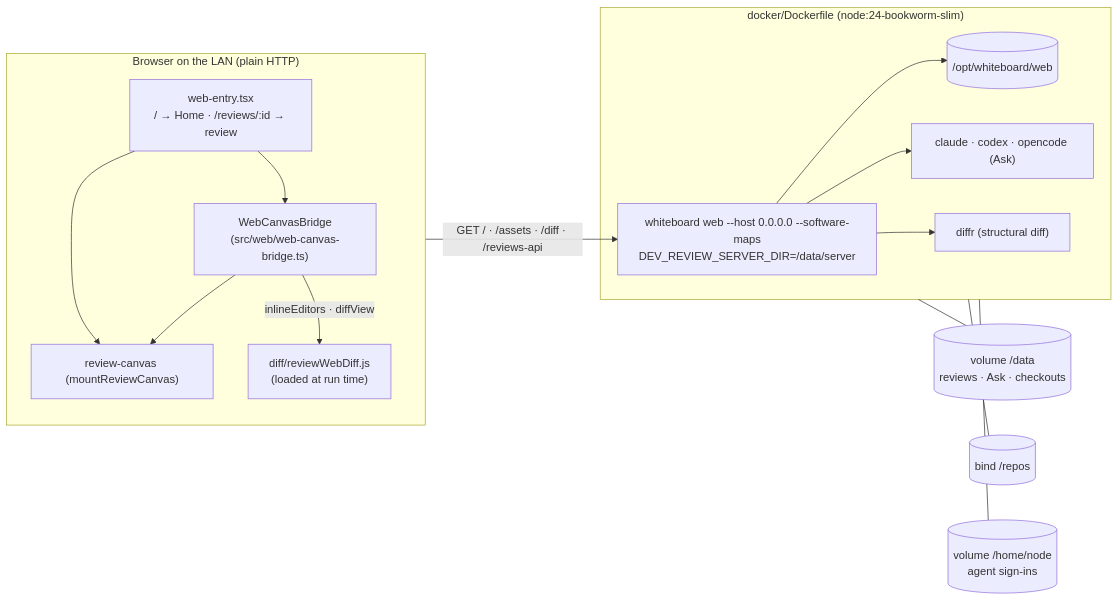
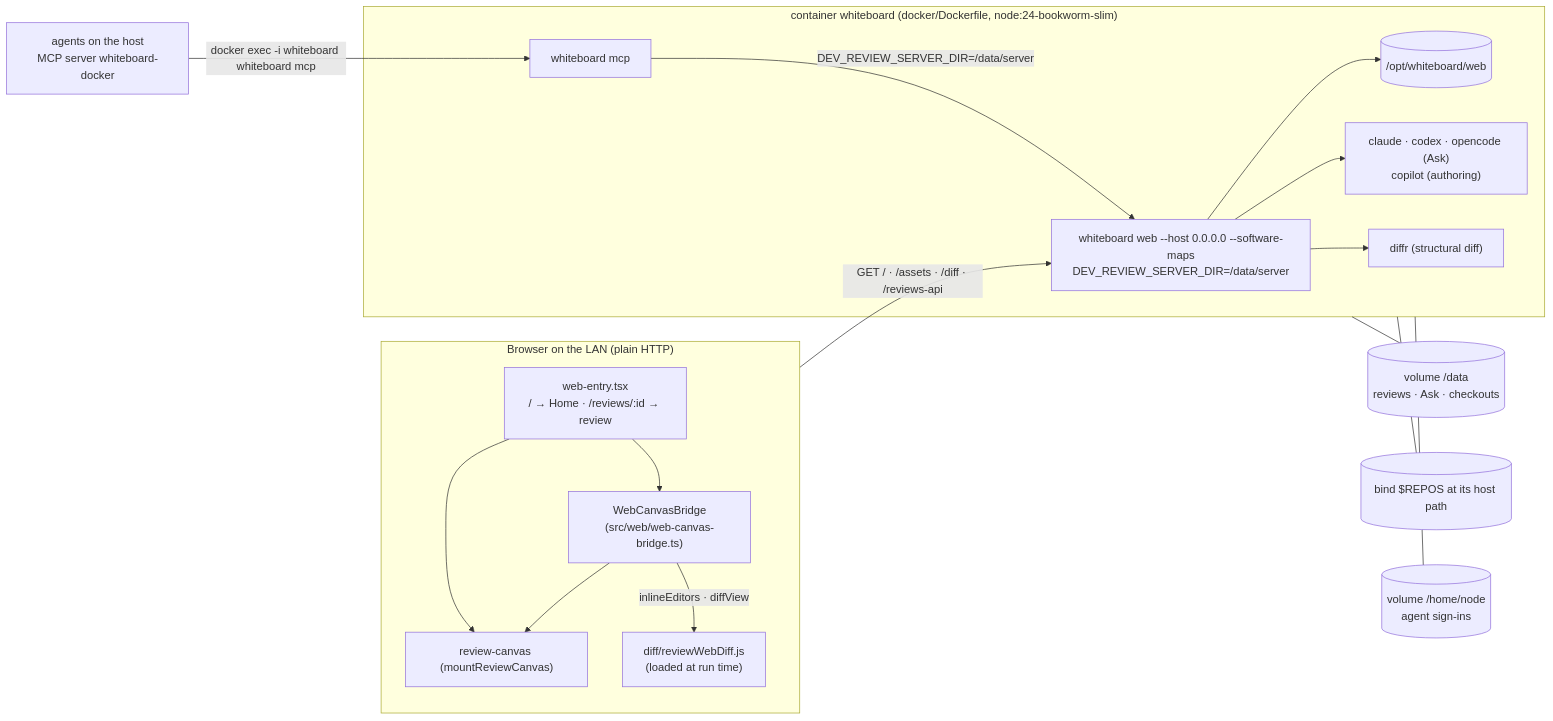
Before and after one commit to BlakeDanielFederal/whiteboard: the fifth of 5 diagrams in docs/architecture.md, drawn with Mermaid.

Commit message:
Show host agents reaching the container's MCP server, the same-path repository mount and Copilot in the container diagram

````diff
--- a/docs/architecture.md
+++ b/docs/architecture.md
@@ -107,28 +107,32 @@
 ```mermaid
 flowchart LR
   subgraph browser["Browser on the LAN (plain HTTP)"]
     entry["web-entry.tsx<br/>/ → Home · /reviews/:id → review"]
     bridge["WebCanvasBridge<br/>(src/web/web-canvas-bridge.ts)"]
     canvas["review-canvas (mountReviewCanvas)"]
     difflib["diff/reviewWebDiff.js<br/>(loaded at run time)"]
     entry --> canvas
     entry --> bridge
     bridge --> canvas
     bridge -- "inlineEditors · diffView" --> difflib
   end
 
-  subgraph container["docker/Dockerfile (node:24-bookworm-slim)"]
+  subgraph container["container whiteboard (docker/Dockerfile, node:24-bookworm-slim)"]
     host["whiteboard web --host 0.0.0.0 --software-maps<br/>DEV_REVIEW_SERVER_DIR=/data/server"]
     assets[("/opt/whiteboard/web")]
-    agents["claude · codex · opencode (Ask)"]
+    agents["claude · codex · opencode (Ask)<br/>copilot (authoring)"]
+    mcp["whiteboard mcp"]
     diffr["diffr (structural diff)"]
     host --> assets
     host --> agents
     host --> diffr
+    mcp -- "DEV_REVIEW_SERVER_DIR=/data/server" --> host
   end
+
+  hostagents["agents on the host<br/>MCP server whiteboard-docker"] -- "docker exec -i whiteboard whiteboard mcp" --> mcp
 
   browser -- "GET / · /assets · /diff · /reviews-api" --> host
   container --- data[("volume /data<br/>reviews · Ask · checkouts")]
-  container --- repos[("bind /repos")]
+  container --- repos[("bind $REPOS at its host path")]
   container --- home[("volume /home/node<br/>agent sign-ins")]
 ```
````
